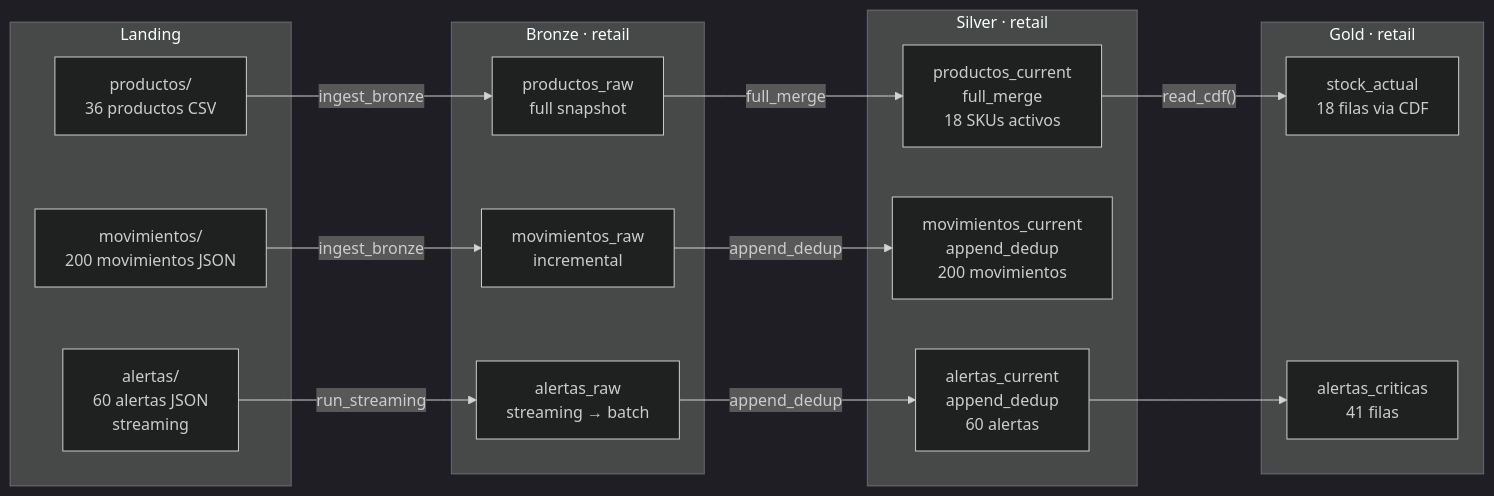
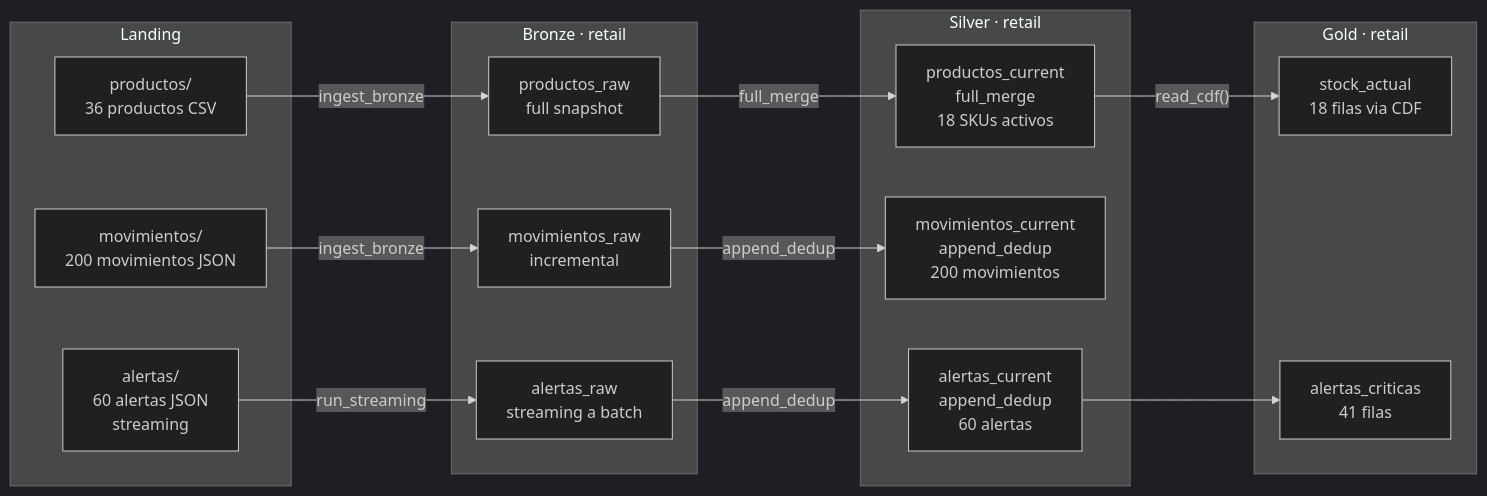
The diagram in docs/demos/demo_4.md (brrsanchezfi/DKOps), drawn with Mermaid (dark theme) before and after one commit. The commit also changed other lines of this file and 48 other files, not shown here.

````diff
--- a/docs/demos/demo_4.md
+++ b/docs/demos/demo_4.md
@@ -15,34 +15,34 @@
 ```mermaid
 flowchart LR
     subgraph landing["Landing"]
         LP["productos/\n36 productos CSV"]
         LM["movimientos/\n200 movimientos JSON"]
         LA["alertas/\n60 alertas JSON\nstreaming"]
     end
 
     subgraph bronze["Bronze · retail"]
         BP["productos_raw\nfull snapshot"]
         BM["movimientos_raw\nincremental"]
-        BA["alertas_raw\nstreaming → batch"]
+        BA["alertas_raw\nstreaming a batch"]
     end
 
     subgraph silver["Silver · retail"]
         SP["productos_current\nfull_merge\n18 SKUs activos"]
         SM["movimientos_current\nappend_dedup\n200 movimientos"]
         SA["alertas_current\nappend_dedup\n60 alertas"]
     end
 
     subgraph gold["Gold · retail"]
         G1["stock_actual\n18 filas via CDF"]
         G2["alertas_criticas\n41 filas"]
     end
 
     LP -->|ingest_bronze| BP
     LM -->|ingest_bronze| BM
     LA -->|run_streaming| BA
     BP -->|full_merge| SP
     BM -->|append_dedup| SM
     BA -->|append_dedup| SA
     SP -->|"read_cdf()"| G1
     SA --> G2
 ```
````
